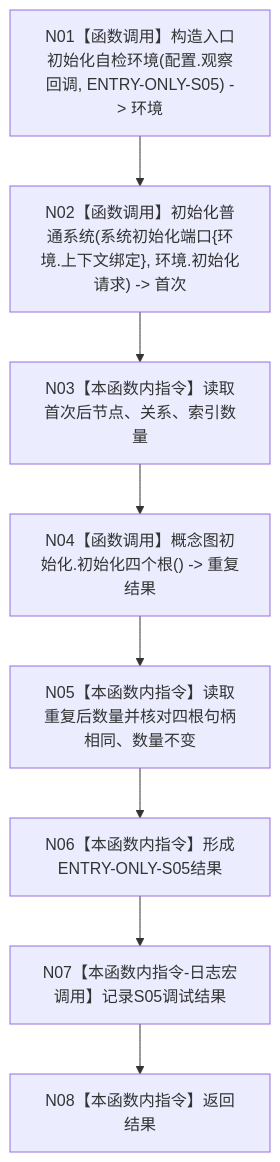
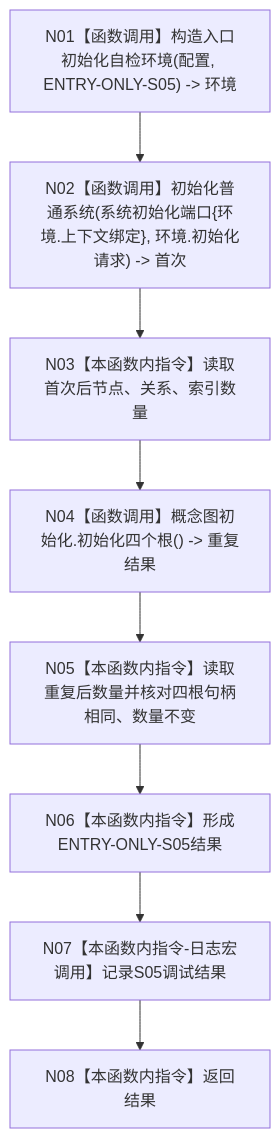
The diagram in 流程图/20260726_ENTRY-ONLY_S05_概念图重复初始化结构不变_施工流程图_v0.1.md (chunhaizh-cyber/HY-Ego), drawn with Mermaid before and after one commit. The commit also changed 51 other files, not shown here.

Commit message:
修订 ENTRY-ONLY 登记设计合同

````diff
--- a/流程图/20260726_ENTRY-ONLY_S05_概念图重复初始化结构不变_施工流程图_v0.1.md
+++ b/流程图/20260726_ENTRY-ONLY_S05_概念图重复初始化结构不变_施工流程图_v0.1.md
@@ -27,10 +27,10 @@
 ```mermaid
 flowchart TD
-    N01["N01【函数调用】构造入口初始化自检环境(配置.观察回调, ENTRY-ONLY-S05) -> 环境"] --> N02["N02【函数调用】初始化普通系统(系统初始化端口{环境.上下文绑定}, 环境.初始化请求) -> 首次"]
+    N01["N01【函数调用】构造入口初始化自检环境(配置, ENTRY-ONLY-S05) -> 环境"] --> N02["N02【函数调用】初始化普通系统(系统初始化端口{环境.上下文绑定}, 环境.初始化请求) -> 首次"]
     N02 --> N03["N03【本函数内指令】读取首次后节点、关系、索引数量"]
     N03 --> N04["N04【函数调用】概念图初始化.初始化四个根() -> 重复结果"]
     N04 --> N05["N05【本函数内指令】读取重复后数量并核对四根句柄相同、数量不变"]
     N05 --> N06["N06【本函数内指令】形成ENTRY-ONLY-S05结果"]
     N06 --> N07["N07【本函数内指令-日志宏调用】记录S05调试结果"]
     N07 --> N08["N08【本函数内指令】返回结果"]
 ```
````
